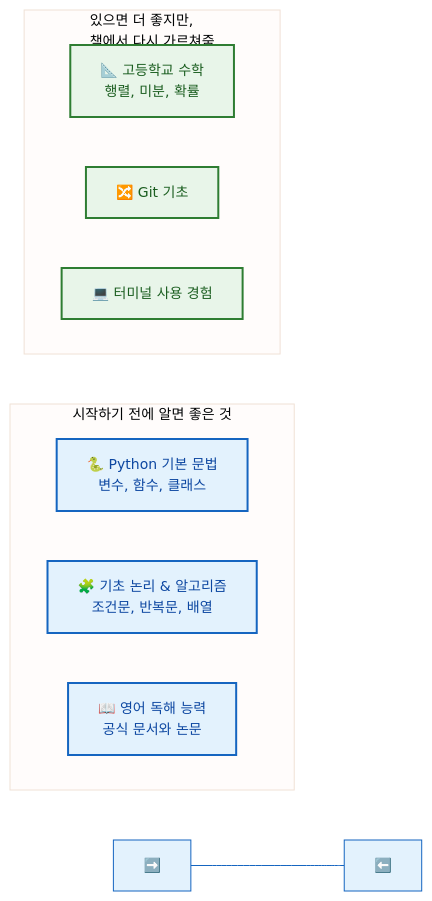
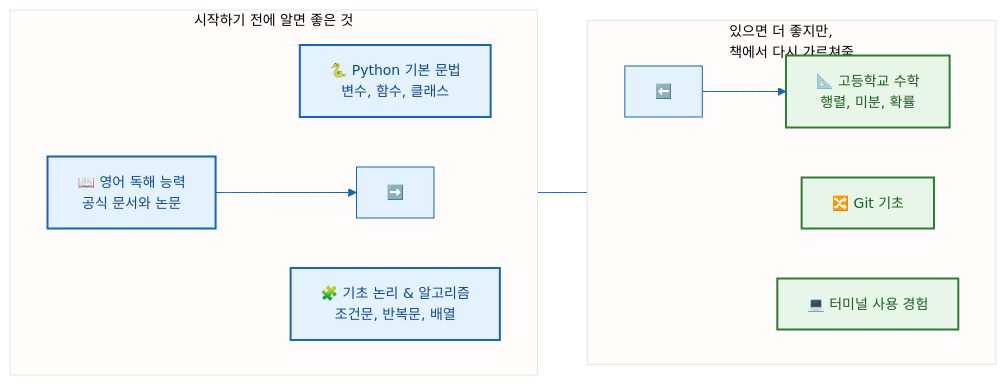
The first of 19 diagrams in ai-programming/README.md (jingu279/Document), drawn with Mermaid before and after one commit. The commit also changed 8 other files, not shown here.

First line of the commit message:
Fix remaining mermaid issues: bridge references, reserved keywords, lint errors

````diff
--- a/ai-programming/README.md
+++ b/ai-programming/README.md
@@ -20,25 +20,26 @@
 ```mermaid
 %%{init: {'theme': 'base', 'themeVariables': {'primaryColor': '#e3f2fd', 'primaryTextColor': '#0d47a1', 'primaryBorderColor': '#1565c0', 'lineColor': '#1565c0', 'fontSize': '14px'}}}%%
 flowchart LR
   subgraph Prerequisites[시작하기 전에 알면 좋은 것]
     direction LR
     Python["🐍 Python 기본 문법<br/>변수, 함수, 클래스"]
     Logic["🧩 기초 논리 & 알고리즘<br/>조건문, 반복문, 배열"]
     English["📖 영어 독해 능력<br/>공식 문서와 논문"]
+    English --> Pre_Out
   end
   Pre_Out["➡️"]
   Nice_In["⬅️"]
   subgraph NiceToHave[있으면 더 좋지만,<br/>책에서 다시 가르쳐줌]
     direction LR
-    Math["📐 고등학교 수학<br/>행렬, 미분, 확률"]
+    Nice_In --> Math["📐 고등학교 수학<br/>행렬, 미분, 확률"]
     Git["🔀 Git 기초"]
     Linux["💻 터미널 사용 경험"]
   end
 
   Pre_Out --- Nice_In
 
   classDef blue fill:#e3f2fd,stroke:#1565c0,stroke-width:2px,color:#0d47a1
   classDef green fill:#e8f5e9,stroke:#2e7d32,stroke-width:2px,color:#1b5e20
   class Python,Logic,English blue
   class Math,Git,Linux green
 ```
````
